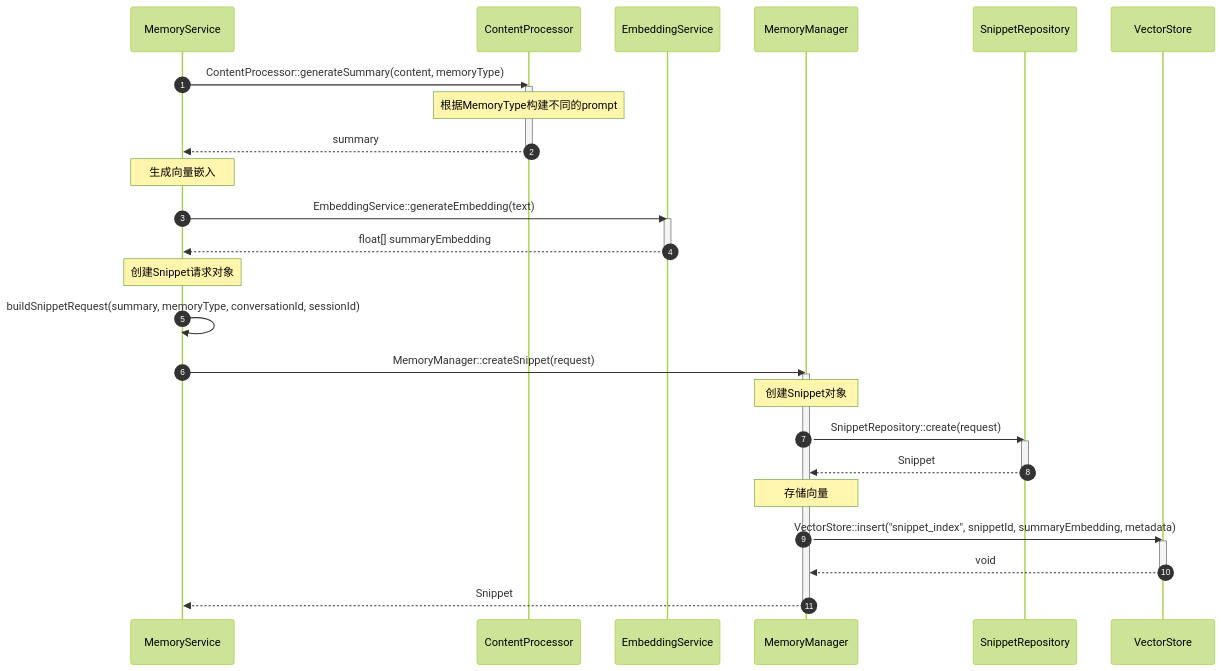
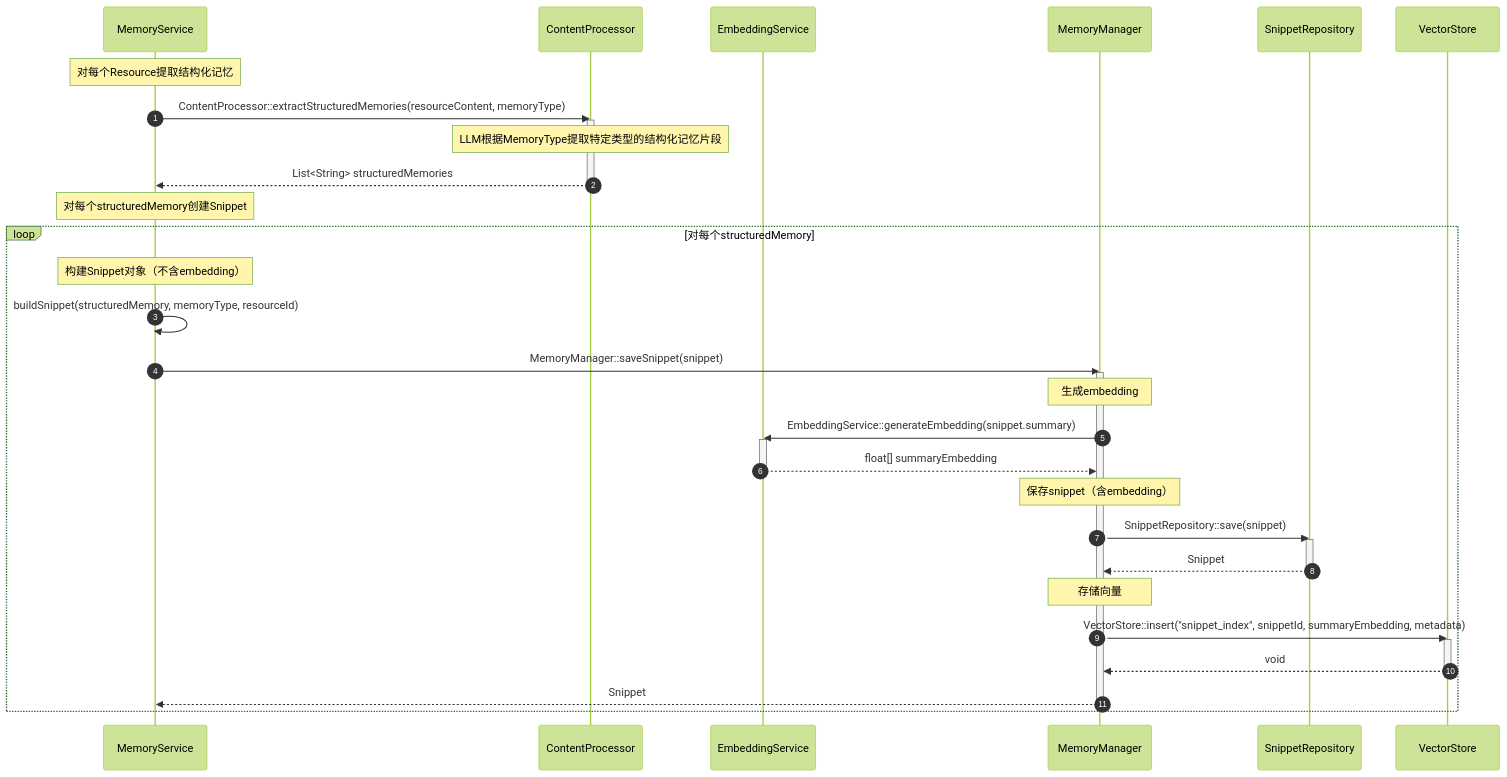
One commit to jiebei-668/YesBoss changed the diagram in docs_memory/时序图3.0/04-SnippetSummary生成.md. Above: the diagram before and after it, drawn with Mermaid (forest theme). The commit also changed other lines of this file and 7 other files, not shown here.

````diff
--- a/docs_memory/时序图3.0/04-SnippetSummary生成.md
+++ b/docs_memory/时序图3.0/04-SnippetSummary生成.md
@@ -11,50 +11,56 @@
 ```mermaid
 sequenceDiagram
     autonumber
 
     participant MemoryService as MemoryService
     participant ContentProcessor as ContentProcessor
     participant EmbeddingService as EmbeddingService
     participant MemoryManager as MemoryManager
     participant SnippetRepository as SnippetRepository
     participant VectorStore as VectorStore
 
-    MemoryService->>ContentProcessor: ContentProcessor::generateSummary(content, memoryType)
+    Note over MemoryService: 对每个Resource提取结构化记忆
+
+    MemoryService->>ContentProcessor: ContentProcessor::extractStructuredMemories(resourceContent, memoryType)
     activate ContentProcessor
 
-    Note over ContentProcessor: 根据MemoryType构建不同的prompt
+    Note over ContentProcessor: LLM根据MemoryType提取特定类型的结构化记忆片段
 
-    ContentProcessor-->>MemoryService: summary
+    ContentProcessor-->>MemoryService: List<String> structuredMemories
     deactivate ContentProcessor
 
-    Note over MemoryService: 生成向量嵌入
+    Note over MemoryService: 对每个structuredMemory创建Snippet
 
-    MemoryService->>EmbeddingService: EmbeddingService::generateEmbedding(text)
-    activate EmbeddingService
-    EmbeddingService-->>MemoryService: float[] summaryEmbedding
-    deactivate EmbeddingService
+    loop 对每个structuredMemory
+        Note over MemoryService: 构建Snippet对象（不含embedding）
 
-    Note over MemoryService: 创建Snippet请求对象
+        MemoryService->>MemoryService: buildSnippet(structuredMemory, memoryType, resourceId)
 
-    MemoryService->>MemoryService: buildSnippetRequest(summary, memoryType, conversationId, sessionId)
+        MemoryService->>MemoryManager: MemoryManager::saveSnippet(snippet)
+        activate MemoryManager
 
-    MemoryService->>MemoryManager: MemoryManager::createSnippet(request)
-    activate MemoryManager
+        Note over MemoryManager: 生成embedding
 
-    Note over MemoryManager: 创建Snippet对象
+        MemoryManager->>EmbeddingService: EmbeddingService::generateEmbedding(snippet.summary)
+        activate EmbeddingService
+        EmbeddingService-->>MemoryManager: float[] summaryEmbedding
+        deactivate EmbeddingService
 
-    MemoryManager->>SnippetRepository: SnippetRepository::create(request)
-    activate SnippetRepository
-    SnippetRepository-->>MemoryManager: Snippet
-    deactivate SnippetRepository
+        Note over MemoryManager: 保存snippet（含embedding）
 
-    Note over MemoryManager: 存储向量
+        MemoryManager->>SnippetRepository: SnippetRepository::save(snippet)
+        activate SnippetRepository
+        SnippetRepository-->>MemoryManager: Snippet
+        deactivate SnippetRepository
 
-    MemoryManager->>VectorStore: VectorStore::insert("snippet_index", snippetId, summaryEmbedding, metadata)
-    activate VectorStore
-    VectorStore-->>MemoryManager: void
-    deactivate VectorStore
+        Note over MemoryManager: 存储向量
 
-    MemoryManager-->>MemoryService: Snippet
-    deactivate MemoryManager
+        MemoryManager->>VectorStore: VectorStore::insert("snippet_index", snippetId, summaryEmbedding, metadata)
+        activate VectorStore
+        VectorStore-->>MemoryManager: void
+        deactivate VectorStore
+
+        MemoryManager-->>MemoryService: Snippet
+        deactivate MemoryManager
+    end
 ```
````
